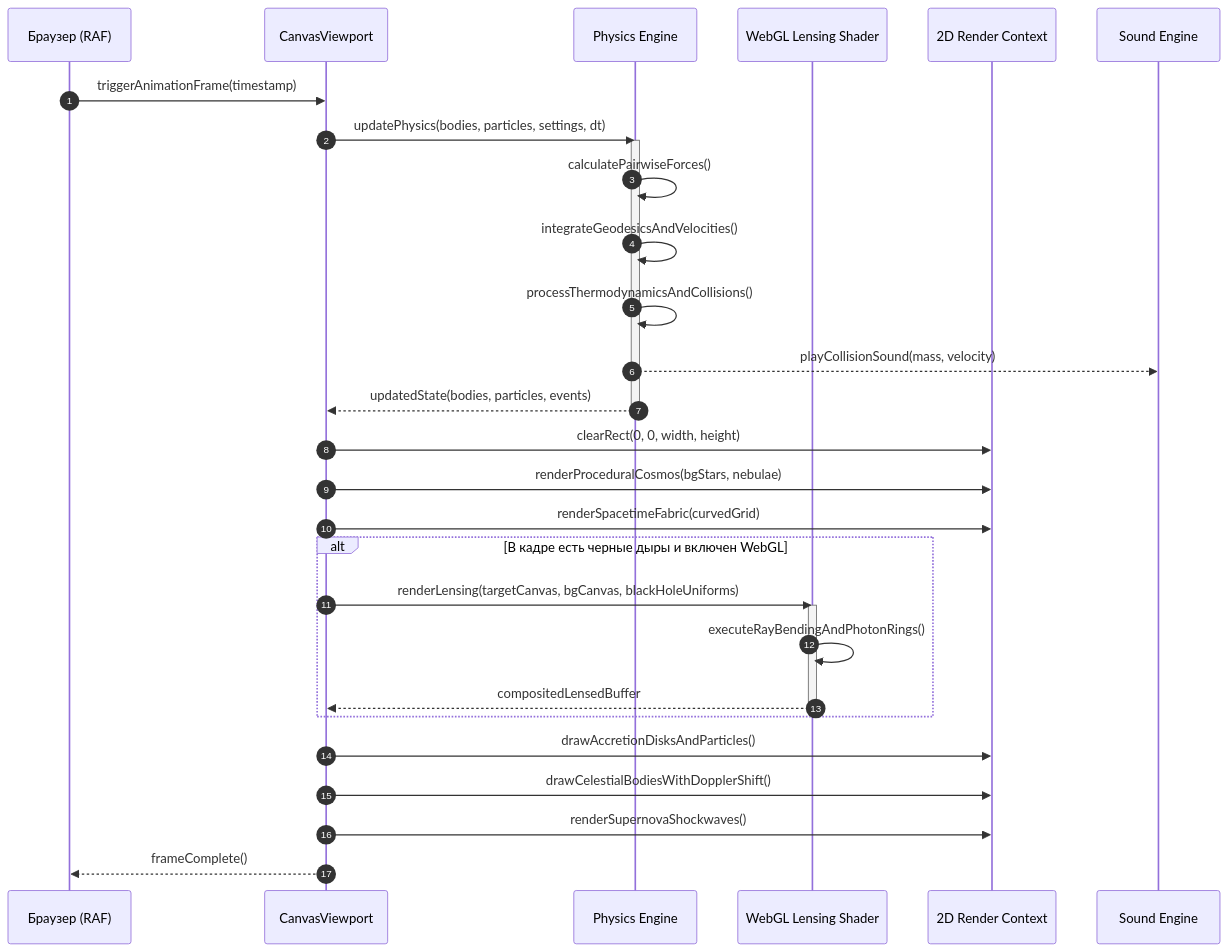
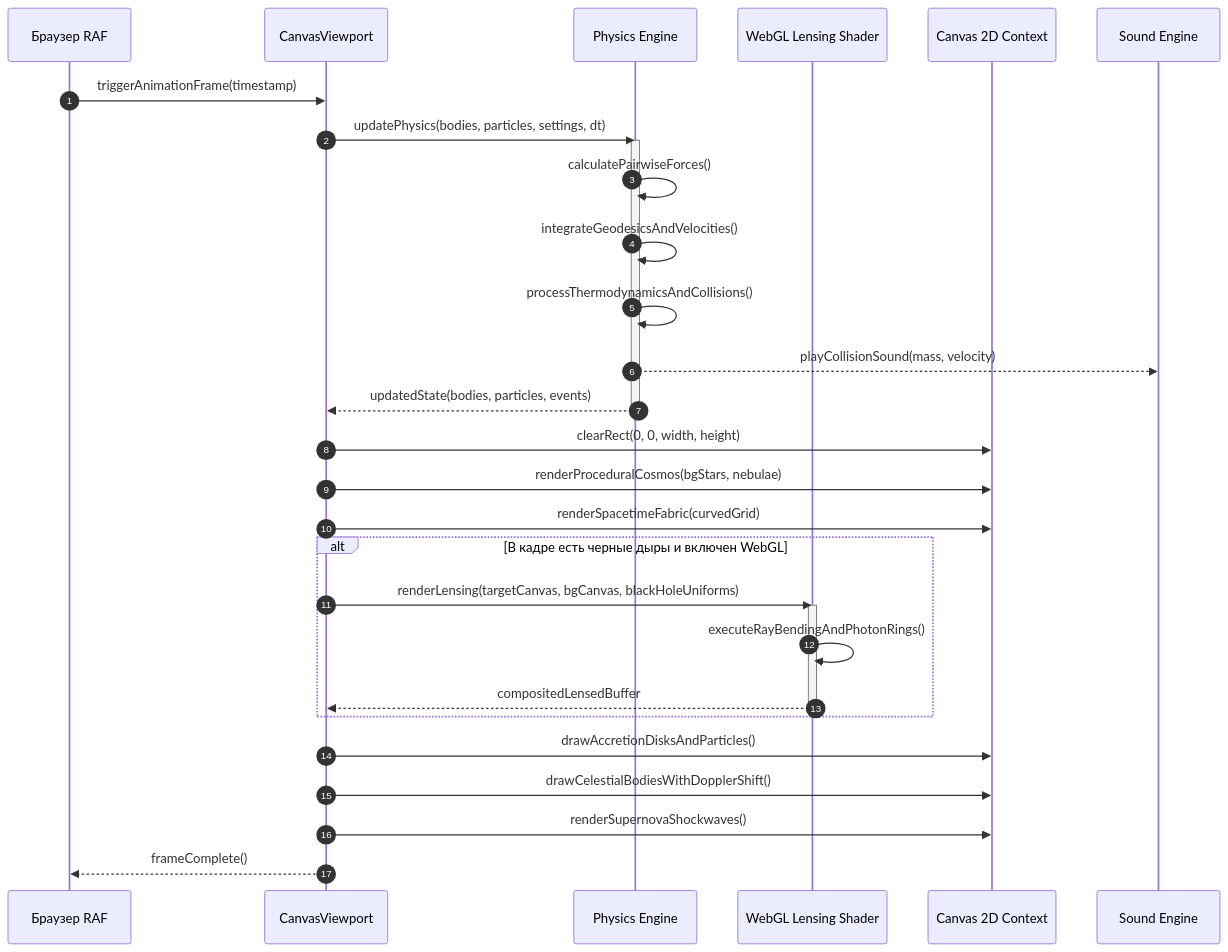
Before and after one commit to bobPingvin/stellargenesis: the seventh of 11 diagrams in diagrams-overview.md, drawn with Mermaid. The commit also changed other lines of this file, not shown here.

````diff
--- a/diagrams-overview.md
+++ b/diagrams-overview.md
@@ -314,37 +323,37 @@
 ```mermaid
 sequenceDiagram
     autonumber
-    participant Browser as Браузер (RAF)
+    participant Browser as Браузер RAF
     participant Viewport as CanvasViewport
     participant Engine as Physics Engine
     participant Shader as WebGL Lensing Shader
-    participant Canvas as 2D Render Context
+    participant Canvas as Canvas 2D Context
     participant Audio as Sound Engine
 
     Browser->>Viewport: triggerAnimationFrame(timestamp)
     Viewport->>Engine: updatePhysics(bodies, particles, settings, dt)
     activate Engine
     Engine->>Engine: calculatePairwiseForces()
     Engine->>Engine: integrateGeodesicsAndVelocities()
     Engine->>Engine: processThermodynamicsAndCollisions()
     Engine-->>Audio: playCollisionSound(mass, velocity)
     Engine-->>Viewport: updatedState(bodies, particles, events)
     deactivate Engine
 
     Viewport->>Canvas: clearRect(0, 0, width, height)
     Viewport->>Canvas: renderProceduralCosmos(bgStars, nebulae)
     Viewport->>Canvas: renderSpacetimeFabric(curvedGrid)
 
     alt В кадре есть черные дыры и включен WebGL
         Viewport->>Shader: renderLensing(targetCanvas, bgCanvas, blackHoleUniforms)
         activate Shader
         Shader->>Shader: executeRayBendingAndPhotonRings()
         Shader-->>Viewport: compositedLensedBuffer
         deactivate Shader
     end
 
     Viewport->>Canvas: drawAccretionDisksAndParticles()
     Viewport->>Canvas: drawCelestialBodiesWithDopplerShift()
     Viewport->>Canvas: renderSupernovaShockwaves()
     Viewport-->>Browser: frameComplete()
 ```
````
